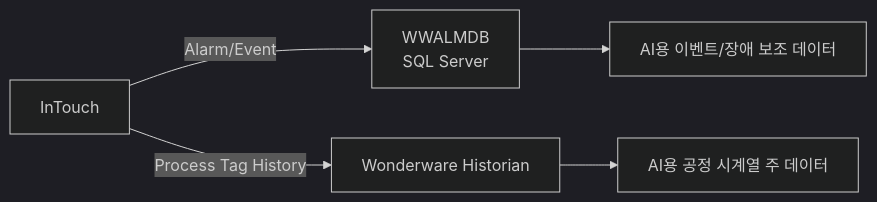
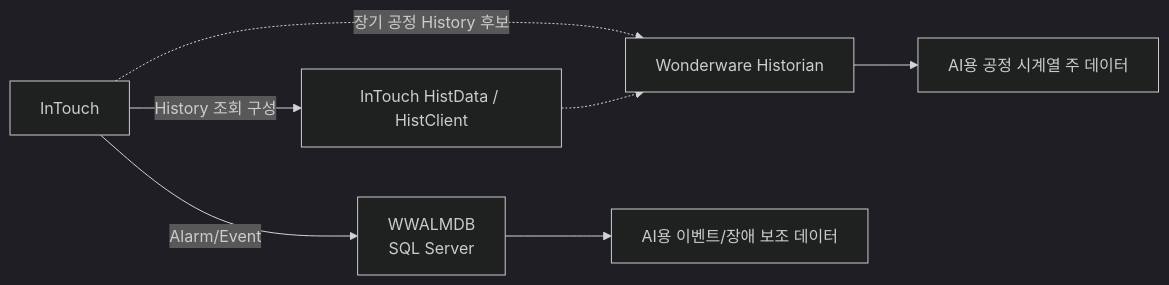
One commit to hori5000/Rulmera-OPA changed the diagram in 20-Water-AI/광암/30-데이터-분석/01-WWALMDB-AlarmDB-vs-Historian.md. Above: the diagram before and after it, drawn with Mermaid (dark theme). The commit also changed other lines of this file and 169 other files, not shown here.

````diff
--- a/20-Water-AI/광암/30-데이터-분석/01-WWALMDB-AlarmDB-vs-Historian.md
+++ b/20-Water-AI/광암/30-데이터-분석/01-WWALMDB-AlarmDB-vs-Historian.md
@@ -22,7 +23,9 @@
 ```mermaid
 flowchart LR
     IT["InTouch"] -->|"Alarm/Event"| ADB["WWALMDB<br/>SQL Server"]
-    IT -->|"Process Tag History"| HIST["Wonderware Historian"]
+    IT -->|"History 조회 구성"| HD["InTouch HistData / HistClient"]
+    IT -.->|"장기 공정 History 후보"| HIST["Wonderware Historian"]
     ADB --> EVENT["AI용 이벤트/장애 보조 데이터"]
+    HD -.-> HIST
     HIST --> PV["AI용 공정 시계열 주 데이터"]
 ```
````
